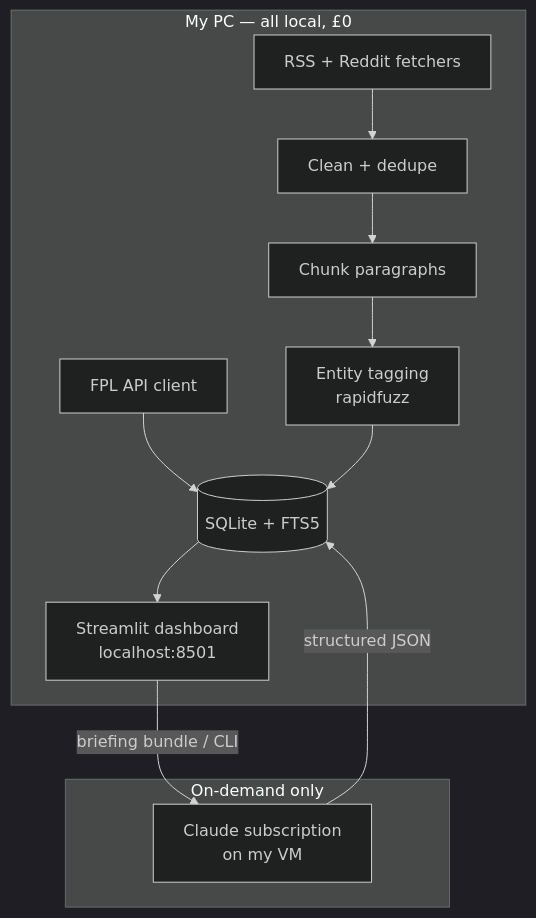
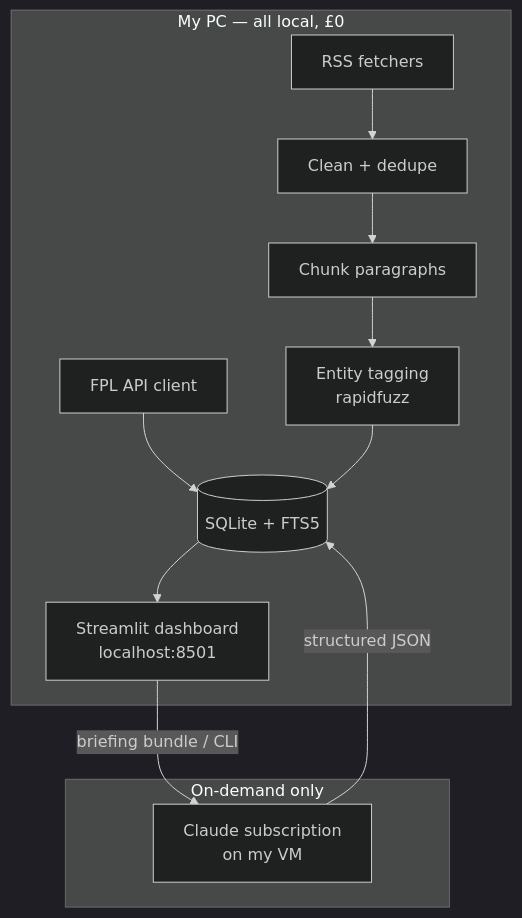
One commit to p-kushagra/FPLApp changed the diagram in design/solution-design.md. Above: the diagram before and after it, drawn with Mermaid (dark theme). The commit also changed other lines of this file and 14 other files, not shown here.

````diff
--- a/design/solution-design.md
+++ b/design/solution-design.md
@@ -24,15 +24,15 @@
 ```mermaid
 flowchart TD
     subgraph Local["My PC — all local, £0"]
         FPL[FPL API client] --> DB[(SQLite + FTS5)]
-        RSS[RSS + Reddit fetchers] --> CLEAN[Clean + dedupe]
+        RSS[RSS fetchers] --> CLEAN[Clean + dedupe]
         CLEAN --> CHUNK[Chunk paragraphs]
         CHUNK --> TAG[Entity tagging\nrapidfuzz]
         TAG --> DB
         DB --> UI[Streamlit dashboard\nlocalhost:8501]
     end
     subgraph AI["On-demand only"]
         UI -->|briefing bundle / CLI| CLAUDE[Claude subscription\non my VM]
         CLAUDE -->|structured JSON| DB
     end
 ```
````
